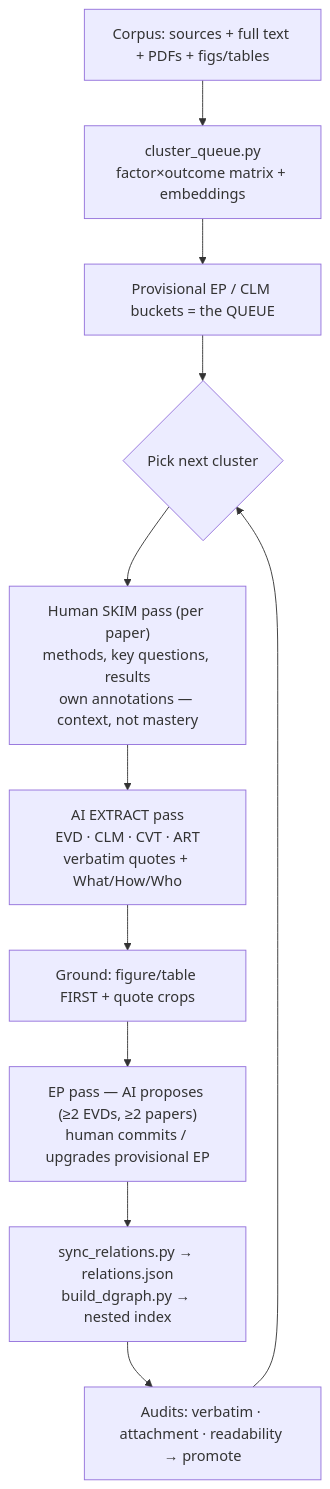
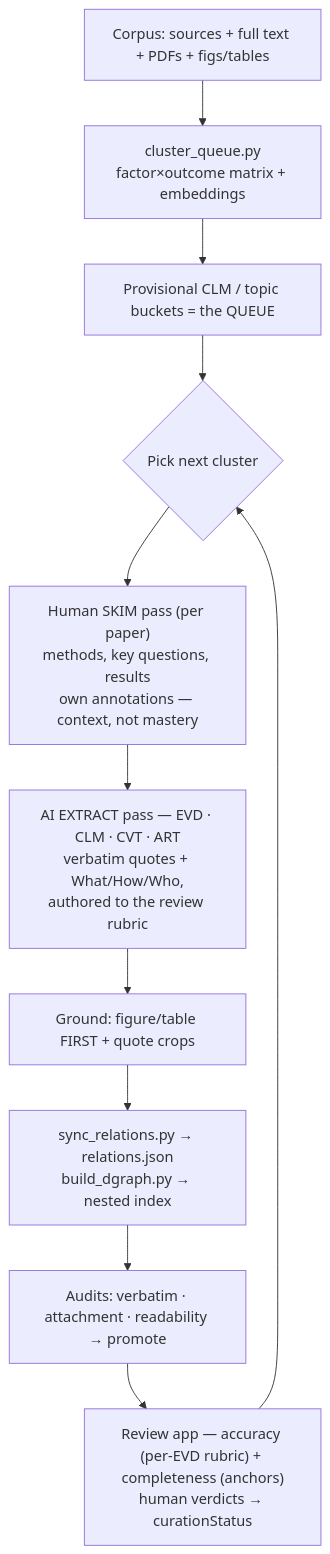
Before and after one commit to oasisresearchlab/language-and-health-open-synthesis: the diagram in Skill.md, drawn with Mermaid. The commit also changed other lines of this file and 3 other files, not shown here.

First line of the commit message:
skills: scrub retired EPs; wire in review-app integration + rubric

````diff
--- a/Skill.md
+++ b/Skill.md
@@ -18,13 +26,13 @@
 ```mermaid
 flowchart TD
     A[Corpus: sources + full text + PDFs + figs/tables] --> B[cluster_queue.py<br/>factor×outcome matrix + embeddings]
-    B --> C[Provisional EP / CLM buckets = the QUEUE]
+    B --> C[Provisional CLM / topic buckets = the QUEUE]
     C --> D{Pick next cluster}
     D --> E["Human SKIM pass (per paper)<br/>methods, key questions, results<br/>own annotations — context, not mastery"]
-    E --> F[AI EXTRACT pass<br/>EVD · CLM · CVT · ART<br/>verbatim quotes + What/How/Who]
+    E --> F["AI EXTRACT pass — EVD · CLM · CVT · ART<br/>verbatim quotes + What/How/Who,<br/>authored to the review rubric"]
     F --> G[Ground: figure/table FIRST + quote crops]
-    G --> H["EP pass — AI proposes (≥2 EVDs, ≥2 papers)<br/>human commits / upgrades provisional EP"]
-    H --> I[sync_relations.py → relations.json<br/>build_dgraph.py → nested index]
+    G --> I[sync_relations.py → relations.json<br/>build_dgraph.py → nested index]
     I --> J[Audits: verbatim · attachment · readability → promote]
-    J --> D
+    J --> K["Review app — accuracy (per-EVD rubric) + completeness (anchors)<br/>human verdicts → curationStatus"]
+    K --> D
 ```
````
